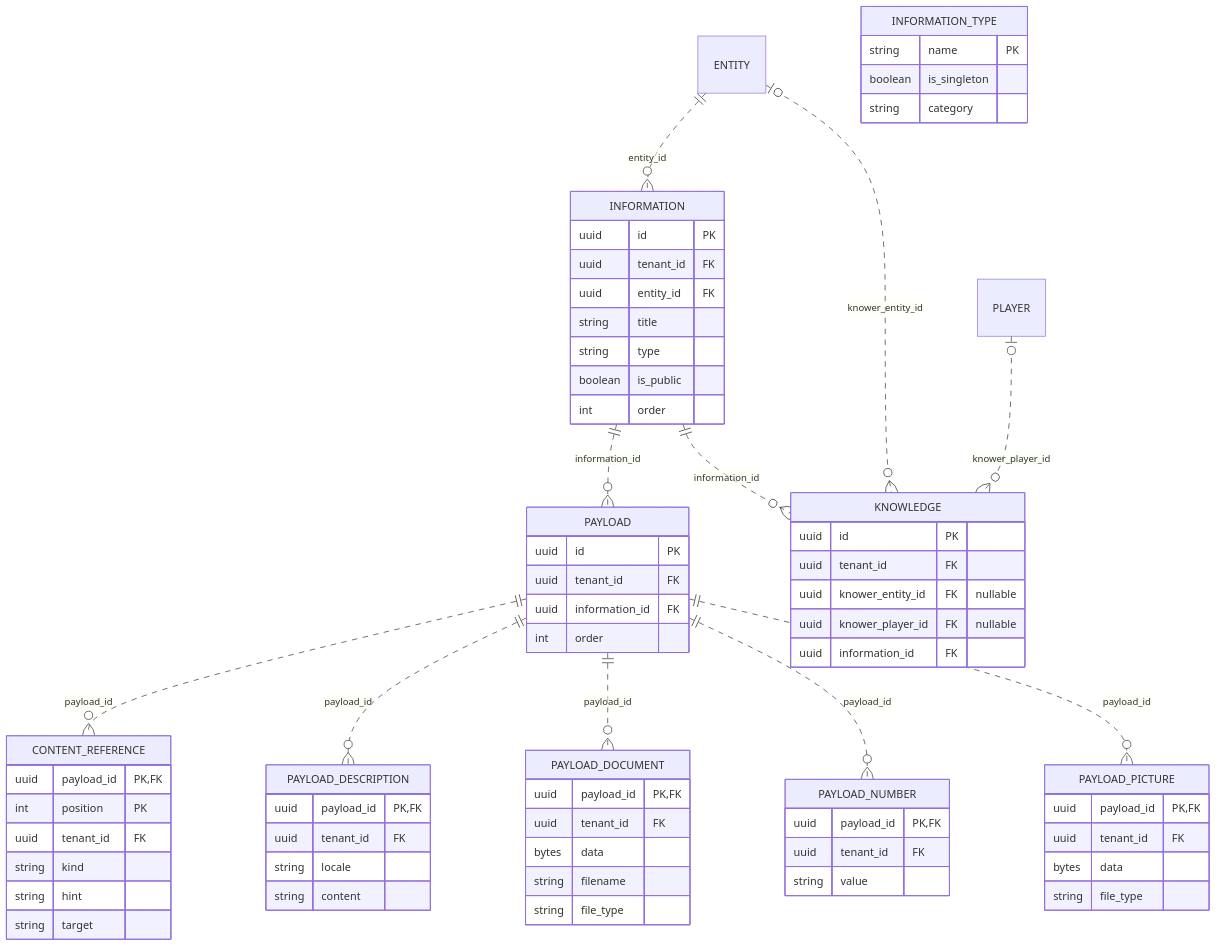
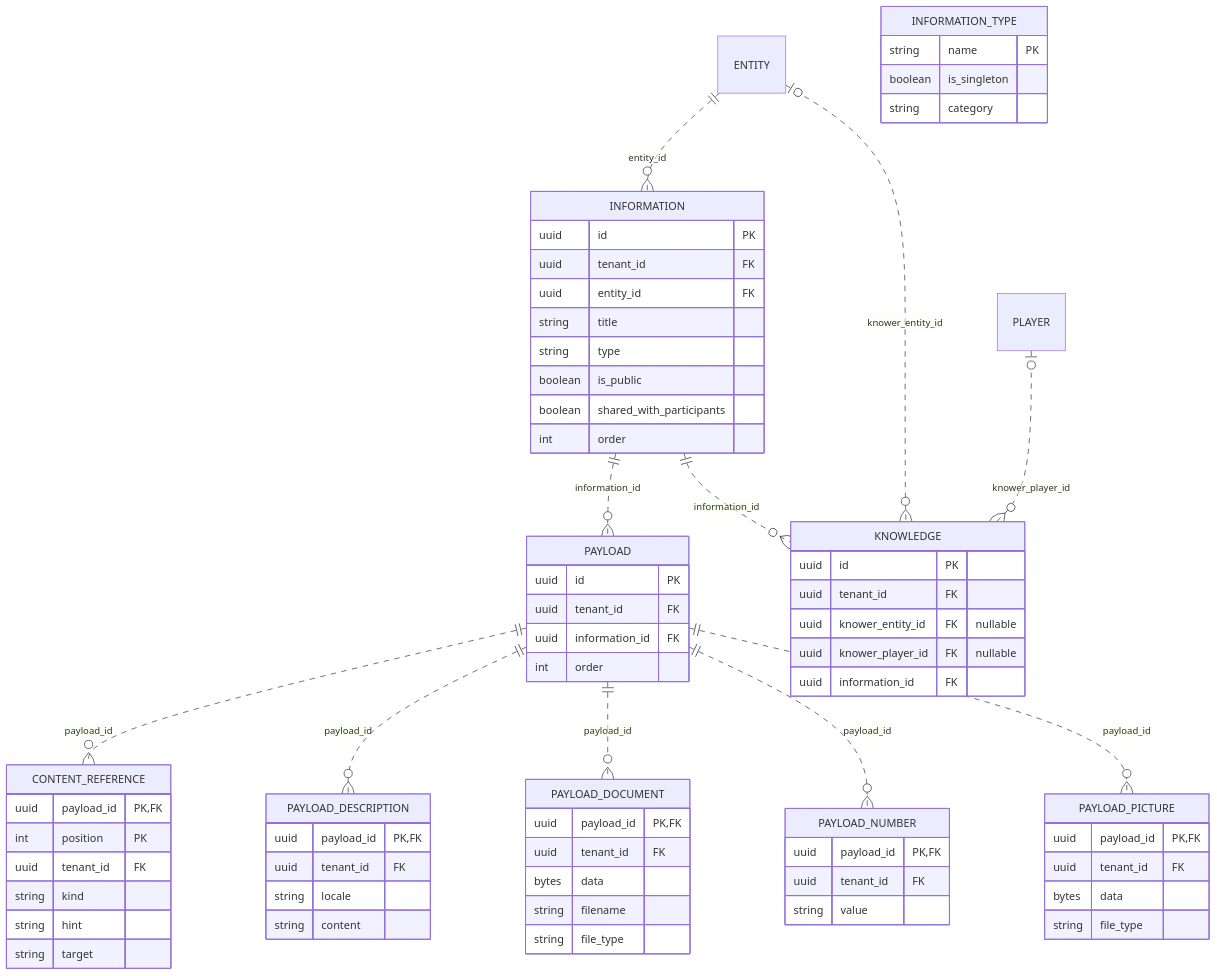
Before and after one commit to ramsesoriginal/lorenzo: the third of 8 diagrams in docs/architecture/diagrams/domain-model-er.md, drawn with Mermaid. The commit also changed other lines of this file and 27 other files, not shown here.

````diff
--- a/docs/architecture/diagrams/domain-model-er.md
+++ b/docs/architecture/diagrams/domain-model-er.md
@@ -195,72 +195,73 @@
 ```mermaid
 erDiagram
     PAYLOAD ||..o{ CONTENT_REFERENCE : "payload_id"
     ENTITY ||..o{ INFORMATION : "entity_id"
     INFORMATION ||..o{ KNOWLEDGE : "information_id"
     ENTITY |o..o{ KNOWLEDGE : "knower_entity_id"
     PLAYER |o..o{ KNOWLEDGE : "knower_player_id"
     INFORMATION ||..o{ PAYLOAD : "information_id"
     PAYLOAD ||..o{ PAYLOAD_DESCRIPTION : "payload_id"
     PAYLOAD ||..o{ PAYLOAD_DOCUMENT : "payload_id"
     PAYLOAD ||..o{ PAYLOAD_NUMBER : "payload_id"
     PAYLOAD ||..o{ PAYLOAD_PICTURE : "payload_id"
     CONTENT_REFERENCE {
         uuid payload_id PK,FK
         int position PK
         uuid tenant_id FK
         string kind
         string hint
         string target
     }
     INFORMATION {
         uuid id PK
         uuid tenant_id FK
         uuid entity_id FK
         string title
         string type
         boolean is_public
+        boolean shared_with_participants
         int order
     }
     INFORMATION_TYPE {
         string name PK
         boolean is_singleton
         string category
     }
     KNOWLEDGE {
         uuid id PK
         uuid tenant_id FK
         uuid knower_entity_id FK "nullable"
         uuid knower_player_id FK "nullable"
         uuid information_id FK
     }
     PAYLOAD {
         uuid id PK
         uuid tenant_id FK
         uuid information_id FK
         int order
     }
     PAYLOAD_DESCRIPTION {
         uuid payload_id PK,FK
         uuid tenant_id FK
         string locale
         string content
     }
     PAYLOAD_DOCUMENT {
         uuid payload_id PK,FK
         uuid tenant_id FK
         bytes data
         string filename
         string file_type
     }
     PAYLOAD_NUMBER {
         uuid payload_id PK,FK
         uuid tenant_id FK
         string value
     }
     PAYLOAD_PICTURE {
         uuid payload_id PK,FK
         uuid tenant_id FK
         bytes data
         string file_type
     }
 ```
````
